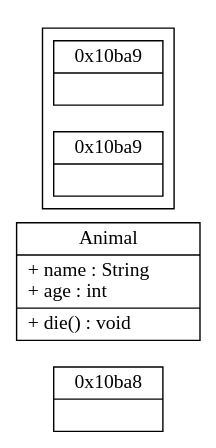
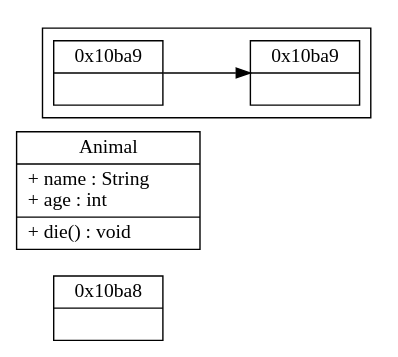
The diagram in dpdk/内存管理.md (sisyphus1212/note), drawn with Graphviz before and after one commit.

Commit message:
auto_update

````diff
--- a/dpdk/内存管理.md
+++ b/dpdk/内存管理.md
@@ -16,28 +16,30 @@
 ```graphviz
 digraph {
 	rankdir=LR;
 	"node0" [
 		label = "0x10ba8| <f1>"
 		shape = "record"
 	];
 	subgraph cluster_0 {
 
 	}
 	"Animal" [
 		label = "Animal | + name : String\l+ age : int\l |+ die() : void\l",
 		shape = "record"
 	];
 	subgraph cluster_1 {
+		rankdir=LR;
 		"node1" [
 			label = "0x10ba9| <f1>"
 			shape = "record"
 		];
 	   "node2" [
 			label = "0x10ba9| <f1>"
 			shape = "record"
 		];
+		node1 -> node2
 	}
 }
 
 
 ```
````
